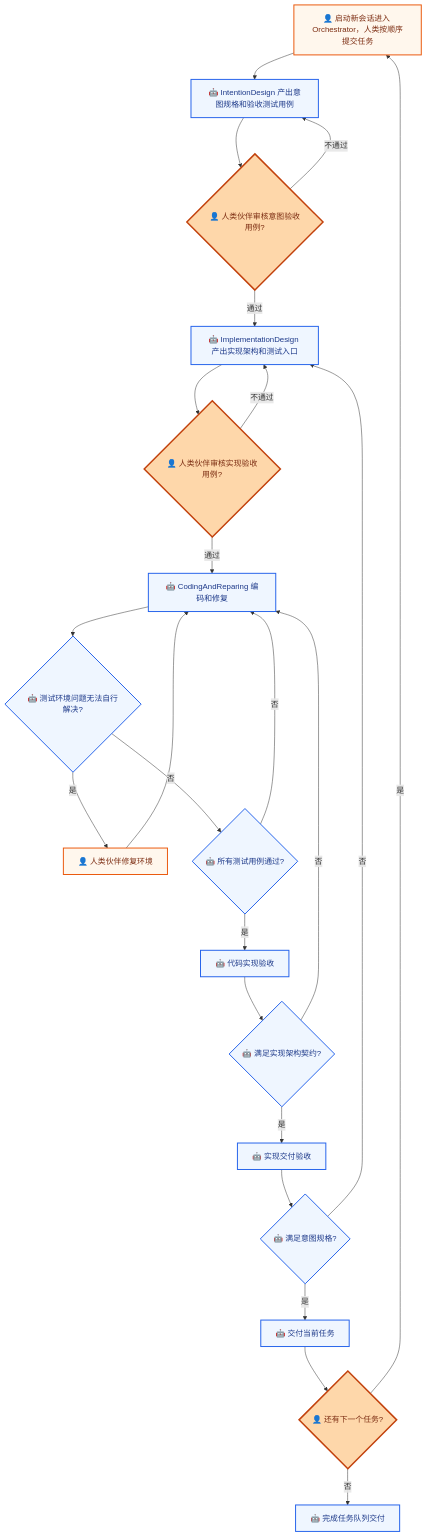
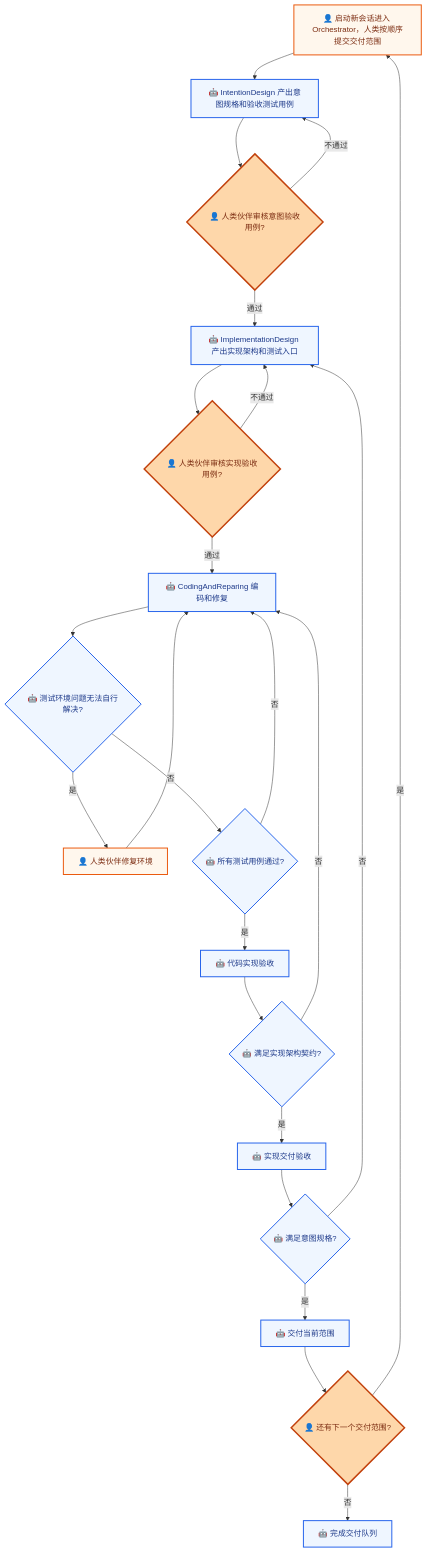
One commit to derekhu0002/Argo changed the second of 5 diagrams in README.md. Above: the diagram before and after it, drawn with Mermaid. The commit also changed other lines of this file and 7 other files, not shown here.

````diff
--- a/README.md
+++ b/README.md
@@ -84,31 +84,31 @@
 ```mermaid
 flowchart TD
-    A[👤 启动新会话进入 Orchestrator，人类按顺序提交任务] --> G[🤖 IntentionDesign 产出意图规格和验收测试用例]
+    A[👤 启动新会话进入 Orchestrator，人类按顺序提交交付范围] --> G[🤖 IntentionDesign 产出意图规格和验收测试用例]
     G --> H{👤 人类伙伴审核意图验收用例?}
     H -- 不通过 --> G
     H -- 通过 --> I[🤖 ImplementationDesign 产出实现架构和测试入口]
     I --> J{👤 人类伙伴审核实现验收用例?}
     J -- 不通过 --> I
     J -- 通过 --> K[🤖 CodingAndReparing 编码和修复]
     K --> L{🤖 测试环境问题无法自行解决?}
     L -- 是 --> M[👤 人类伙伴修复环境]
     M --> K
     L -- 否 --> N{🤖 所有测试用例通过?}
     N -- 否 --> K
     N -- 是 --> O[🤖 代码实现验收]
     O --> P{🤖 满足实现架构契约?}
     P -- 否 --> K
     P -- 是 --> Q[🤖 实现交付验收]
     Q --> R{🤖 满足意图规格?}
     R -- 否 --> I
-    R -- 是 --> S[🤖 交付当前任务]
-    S --> T{👤 还有下一个任务?}
+    R -- 是 --> S[🤖 交付当前范围]
+    S --> T{👤 还有下一个交付范围?}
     T -- 是 --> A
-    T -- 否 --> U[🤖 完成任务队列交付]
+    T -- 否 --> U[🤖 完成交付队列]
     classDef human fill:#fff7ed,stroke:#ea580c,color:#7c2d12,stroke-width:2px
     classDef humanDecision fill:#fed7aa,stroke:#c2410c,color:#7c2d12,stroke-width:3px
     classDef ai fill:#eff6ff,stroke:#2563eb,color:#1e3a8a,stroke-width:2px
     class A,M human
     class H,J,T humanDecision
     class G,I,K,L,N,O,P,Q,R,S,U ai
 ```
````
